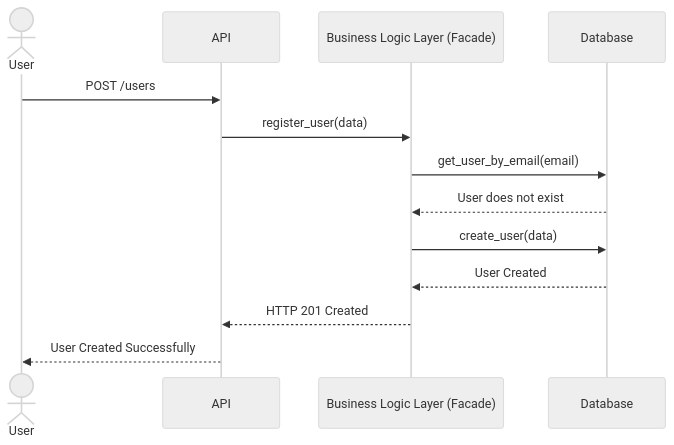
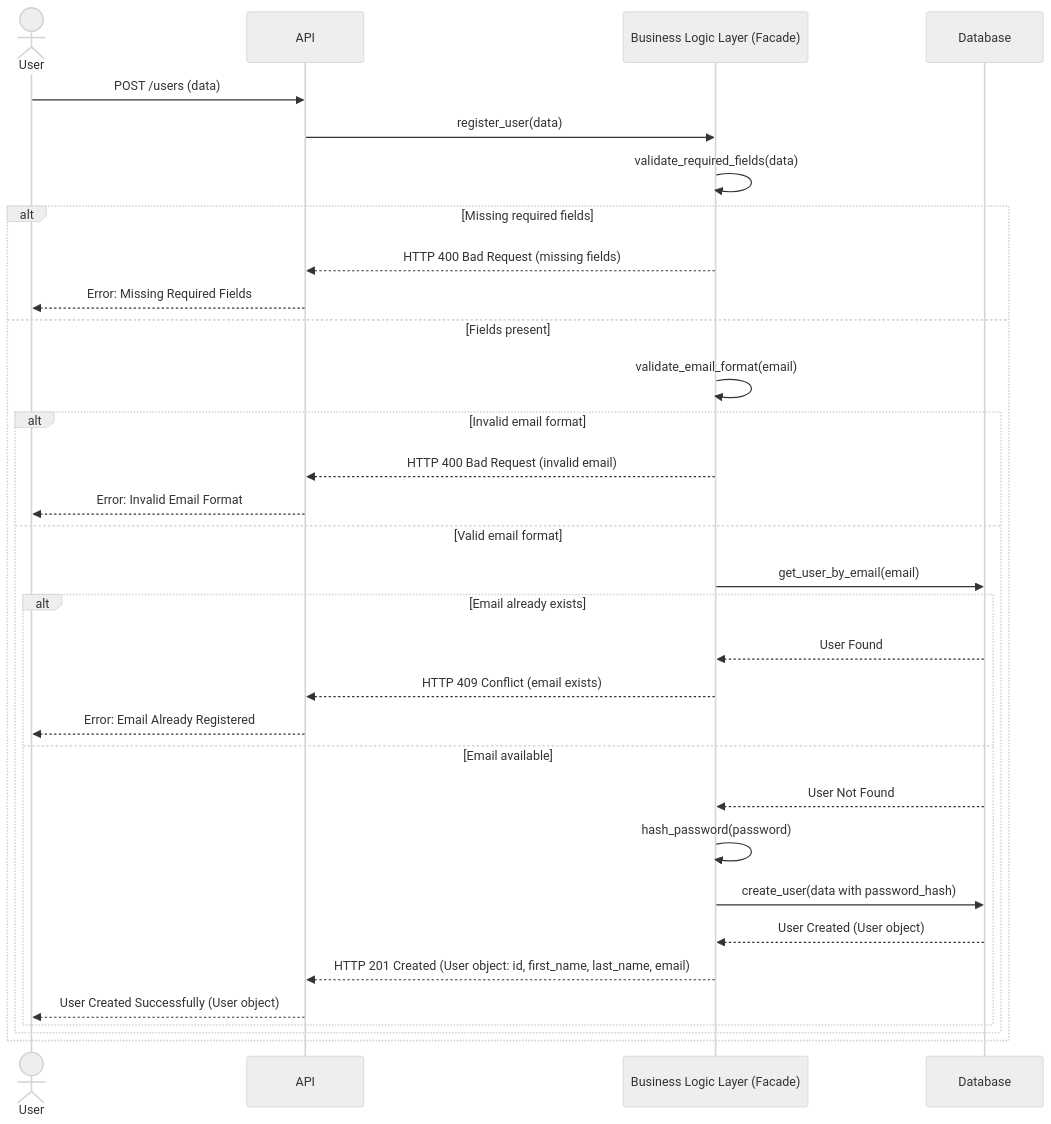
The third of 6 diagrams in part1/README.md (alzahra3ali-bit/holbertonschool-hbnb), drawn with Mermaid (neutral theme) before and after one commit. The commit also changed other lines of this file, not shown here.

Commit message:
fix: facade modeling, password hashing, UUID4, and sequence diagram validations

````diff
--- a/part1/README.md
+++ b/part1/README.md
@@ -138,16 +151,34 @@
 ```mermaid
 sequenceDiagram
-    actor User
-    participant API
-    participant BusinessLogic as Business Logic Layer (Facade)
-    participant Database
-
-    User->>API: POST /users
-    API->>BusinessLogic: register_user(data)
-    BusinessLogic->>Database: get_user_by_email(email)
-    Database-->>BusinessLogic: User does not exist
-    BusinessLogic->>Database: create_user(data)
-    Database-->>BusinessLogic: User Created
-    BusinessLogic-->>API: HTTP 201 Created
-    API-->>User: User Created Successfully
+actor User
+participant API
+participant BusinessLogic as Business Logic Layer (Facade)
+participant Database
+User->>API: POST /users (data)
+API->>BusinessLogic: register_user(data)
+BusinessLogic->>BusinessLogic: validate_required_fields(data)
+alt Missing required fields
+    BusinessLogic-->>API: HTTP 400 Bad Request (missing fields)
+    API-->>User: Error: Missing Required Fields
+else Fields present
+    BusinessLogic->>BusinessLogic: validate_email_format(email)
+    alt Invalid email format
+        BusinessLogic-->>API: HTTP 400 Bad Request (invalid email)
+        API-->>User: Error: Invalid Email Format
+    else Valid email format
+        BusinessLogic->>Database: get_user_by_email(email)
+        alt Email already exists
+            Database-->>BusinessLogic: User Found
+            BusinessLogic-->>API: HTTP 409 Conflict (email exists)
+            API-->>User: Error: Email Already Registered
+        else Email available
+            Database-->>BusinessLogic: User Not Found
+            BusinessLogic->>BusinessLogic: hash_password(password)
+            BusinessLogic->>Database: create_user(data with password_hash)
+            Database-->>BusinessLogic: User Created (User object)
+            BusinessLogic-->>API: HTTP 201 Created (User object: id, first_name, last_name, email)
+            API-->>User: User Created Successfully (User object)
+        end
+    end
+end
 ```
````
